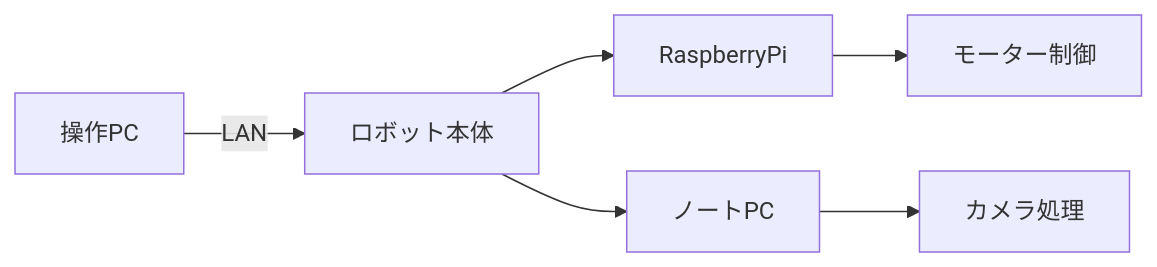
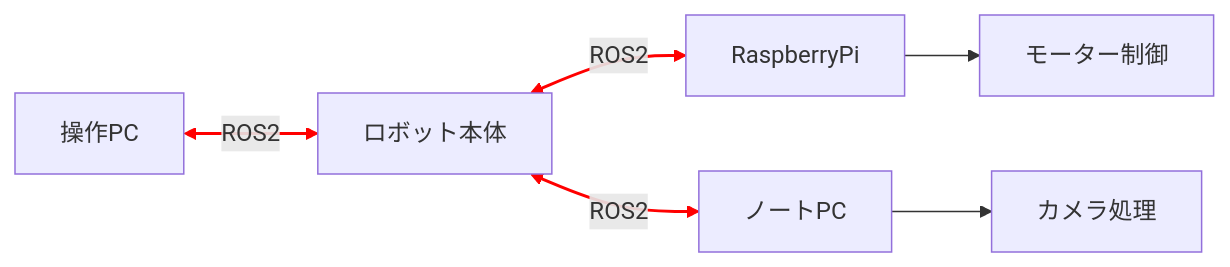
One commit to NITIC-HirasawaLab-HDP/2025_ros2_document changed the diagram in getting_started/what_is_ros2.md. Above: the diagram before and after it, drawn with Mermaid. The commit also changed other lines of this file, not shown here.

Commit message:
docs: update what is ROS 2 documentation.

````diff
--- a/getting_started/what_is_ros2.md
+++ b/getting_started/what_is_ros2.md
@@ -45,8 +53,9 @@
 ```mermaid
 graph LR
-    A[操作PC] -->|LAN| B[ロボット本体]
-    B --> C[RaspberryPi]
-    B --> D[ノートPC]
+    A[操作PC] <-->|ROS2| B[ロボット本体]
+    B <-->|ROS2| C[RaspberryPi]
+    B <-->|ROS2| D[ノートPC]
     C --> E[モーター制御]
     D --> F[カメラ処理]
+    linkStyle 0,1,2 stroke:#ff0000,stroke-width:2px
 ```
````
